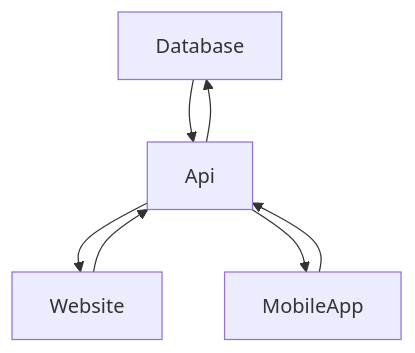
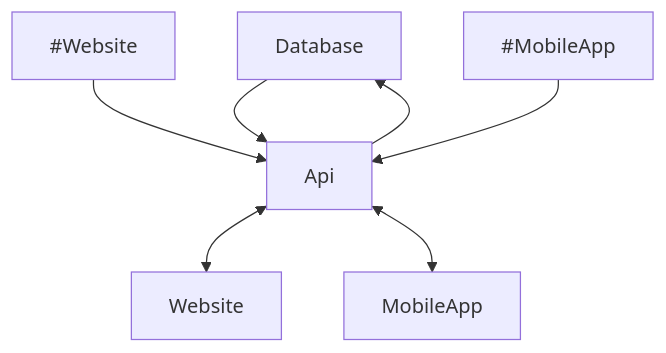
The diagram in README.md (Storganizer/api), drawn with Mermaid before and after one commit.

Commit message:
Graph tryout

````diff
--- a/README.md
+++ b/README.md
@@ -4,12 +4,12 @@
 ```mermaid
   graph TD;
       Database-->Api;
       Api-->Database;
 
-      Api-->Website;
-      Website-->Api;
-      
-      Api-->MobileApp;
-      MobileApp-->Api;
+      Api<-->Website;
+      #Website-->Api;
+
+      Api<-->MobileApp;
+      #MobileApp-->Api;
 
 ```
````
